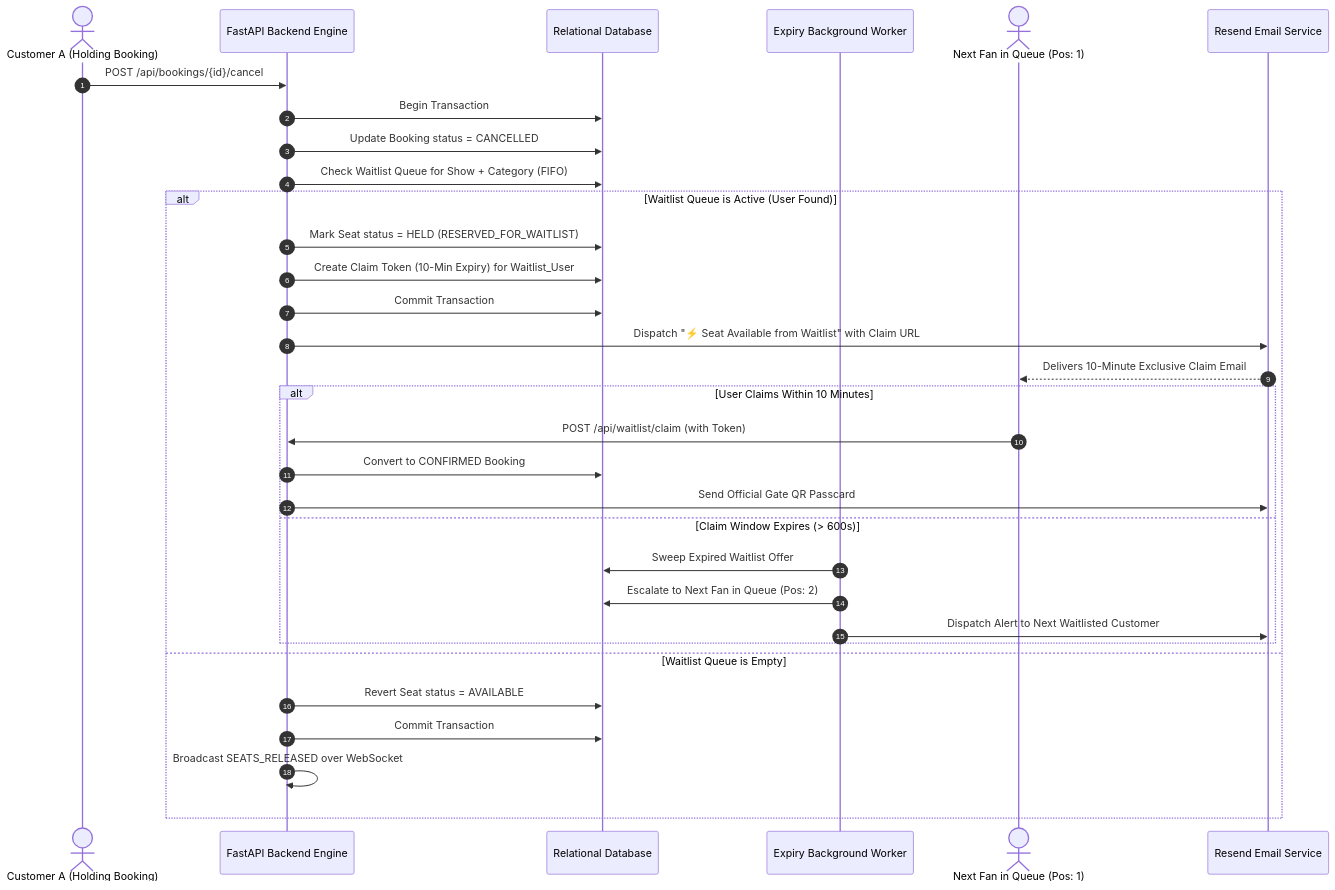
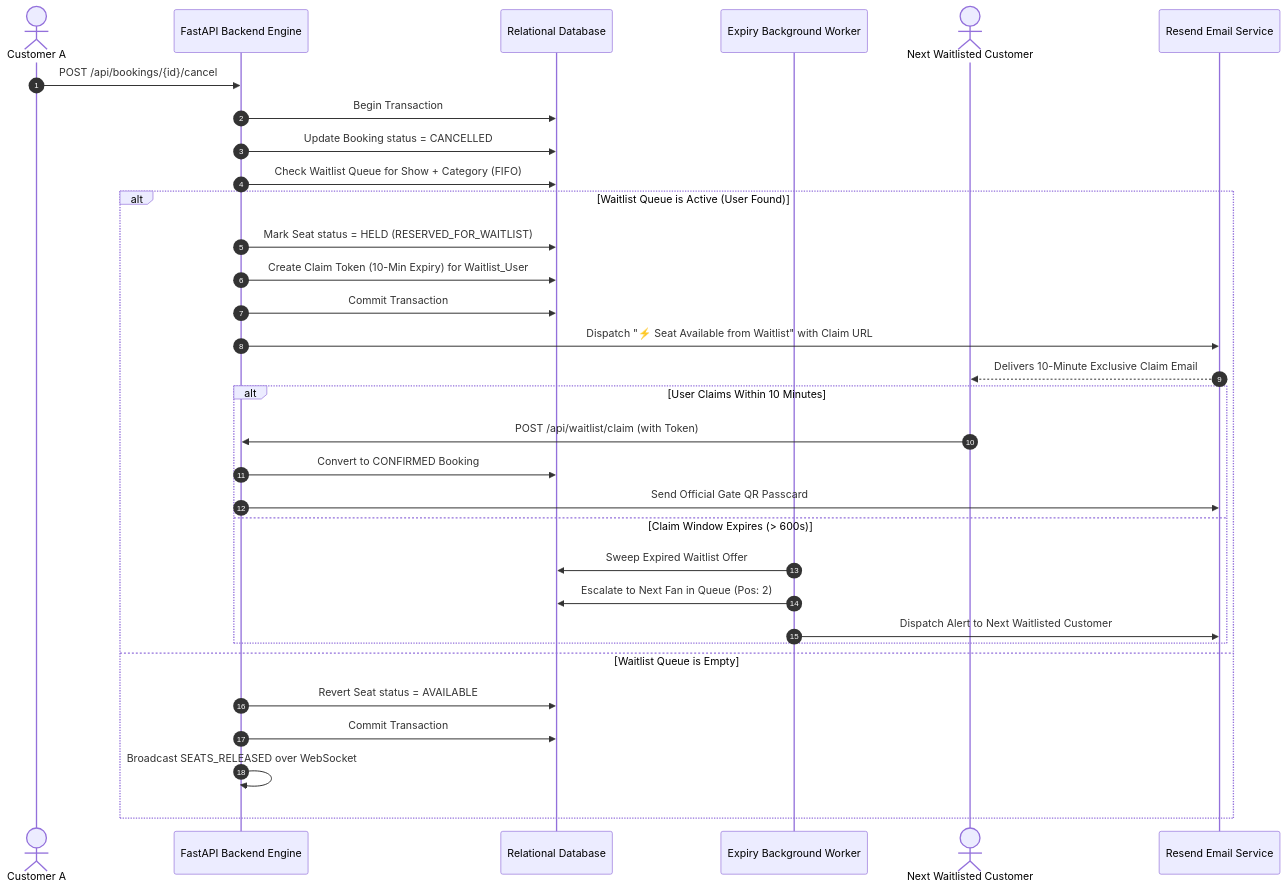
The second of 3 diagrams in README.md (saturn-16/LUMINA), drawn with Mermaid before and after one commit. The commit also changed other lines of this file, not shown here.

Commit message:
Fix Mermaid diagram syntax in README for seamless GitHub rendering

````diff
--- a/README.md
+++ b/README.md
@@ -231,38 +231,38 @@
 ```mermaid
 sequenceDiagram
     autonumber
-    actor Customer_A as Customer A (Holding Booking)
+    actor Customer_A as Customer A
     participant API as FastAPI Backend Engine
     participant DB as Relational Database
     participant Worker as Expiry Background Worker
-    actor Waitlist_User as Next Fan in Queue (Pos: 1)
+    actor Waitlist_User as Next Waitlisted Customer
     participant Email as Resend Email Service
 
     Customer_A ->> API: POST /api/bookings/{id}/cancel
     API ->> DB: Begin Transaction
     API ->> DB: Update Booking status = CANCELLED
     API ->> DB: Check Waitlist Queue for Show + Category (FIFO)
 
     alt Waitlist Queue is Active (User Found)
         API ->> DB: Mark Seat status = HELD (RESERVED_FOR_WAITLIST)
         API ->> DB: Create Claim Token (10-Min Expiry) for Waitlist_User
         API ->> DB: Commit Transaction
         API ->> Email: Dispatch "⚡ Seat Available from Waitlist" with Claim URL
         Email -->> Waitlist_User: Delivers 10-Minute Exclusive Claim Email
         
         alt User Claims Within 10 Minutes
             Waitlist_User ->> API: POST /api/waitlist/claim (with Token)
             API ->> DB: Convert to CONFIRMED Booking
             API ->> Email: Send Official Gate QR Passcard
         else Claim Window Expires (> 600s)
             Worker ->> DB: Sweep Expired Waitlist Offer
             Worker ->> DB: Escalate to Next Fan in Queue (Pos: 2)
             Worker ->> Email: Dispatch Alert to Next Waitlisted Customer
         end
 
     else Waitlist Queue is Empty
         API ->> DB: Revert Seat status = AVAILABLE
         API ->> DB: Commit Transaction
         API ->> API: Broadcast SEATS_RELEASED over WebSocket
     end
 ```
````
